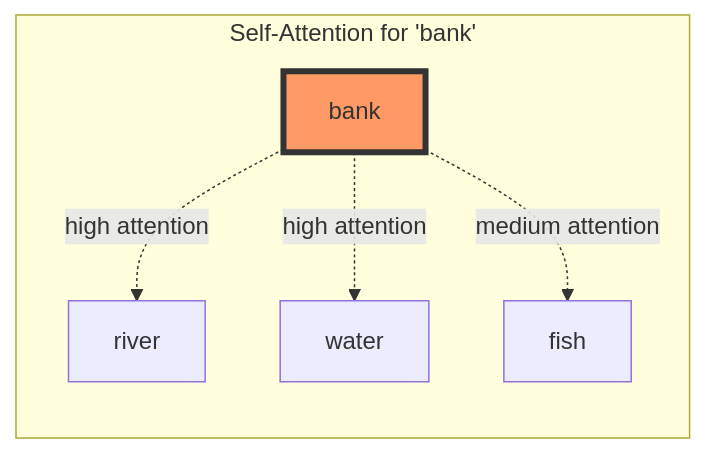
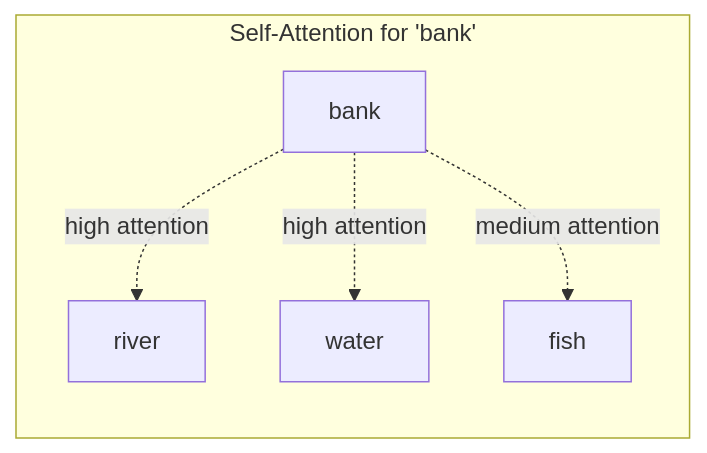
The ninth of 15 diagrams in Mostlylucid/Markdown/how-neural-machine-translation-works.md (Shaddix/mostlylucidweb), drawn with Mermaid before and after one commit. The commit also changed other lines of this file and 7 other files, not shown here.

````diff
--- a/Mostlylucid/Markdown/how-neural-machine-translation-works.md
+++ b/Mostlylucid/Markdown/how-neural-machine-translation-works.md
@@ -467,15 +463,14 @@
 ```mermaid
 graph LR
     subgraph "Self-Attention for 'bank'"
         B[bank]
         R[river]
         W[water]
         F[fish]
     end
 
     B -.high attention.-> R
     B -.high attention.-> W
     B -.medium attention.-> F
 
-    style B fill:#f96,stroke:#333,stroke-width:4px
 ```
````
